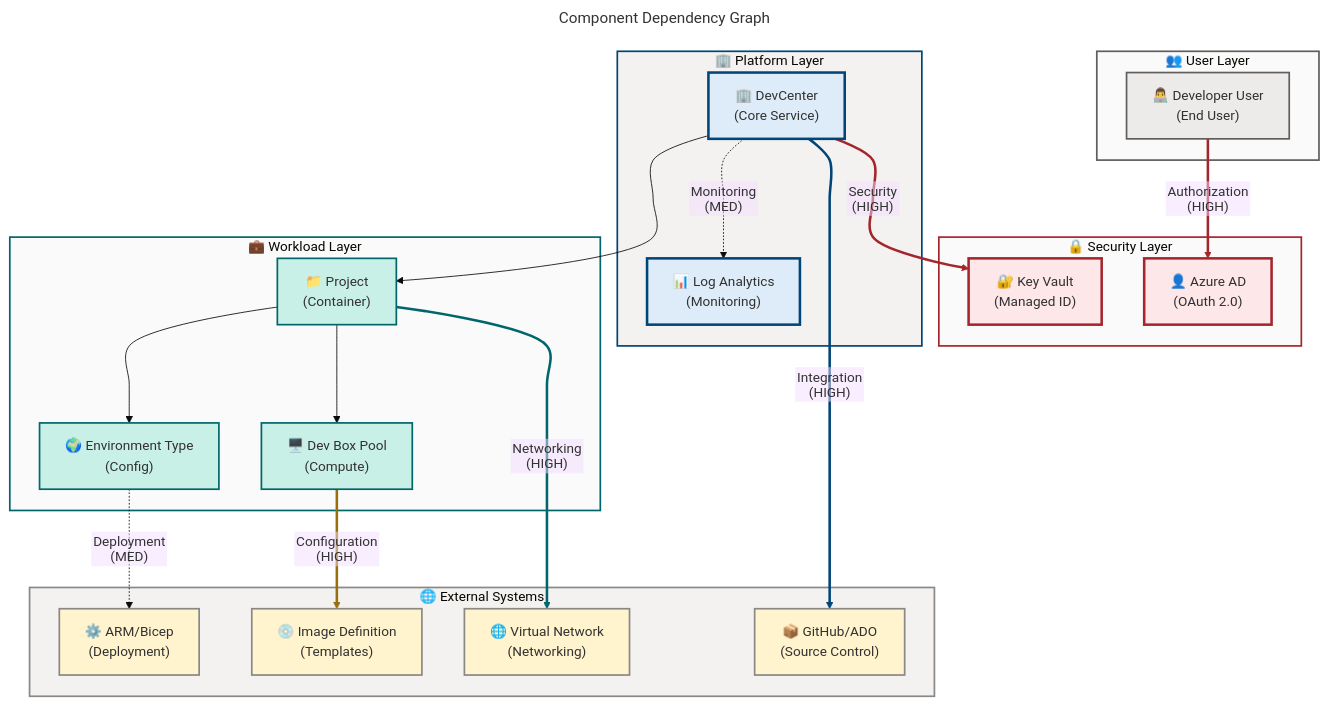
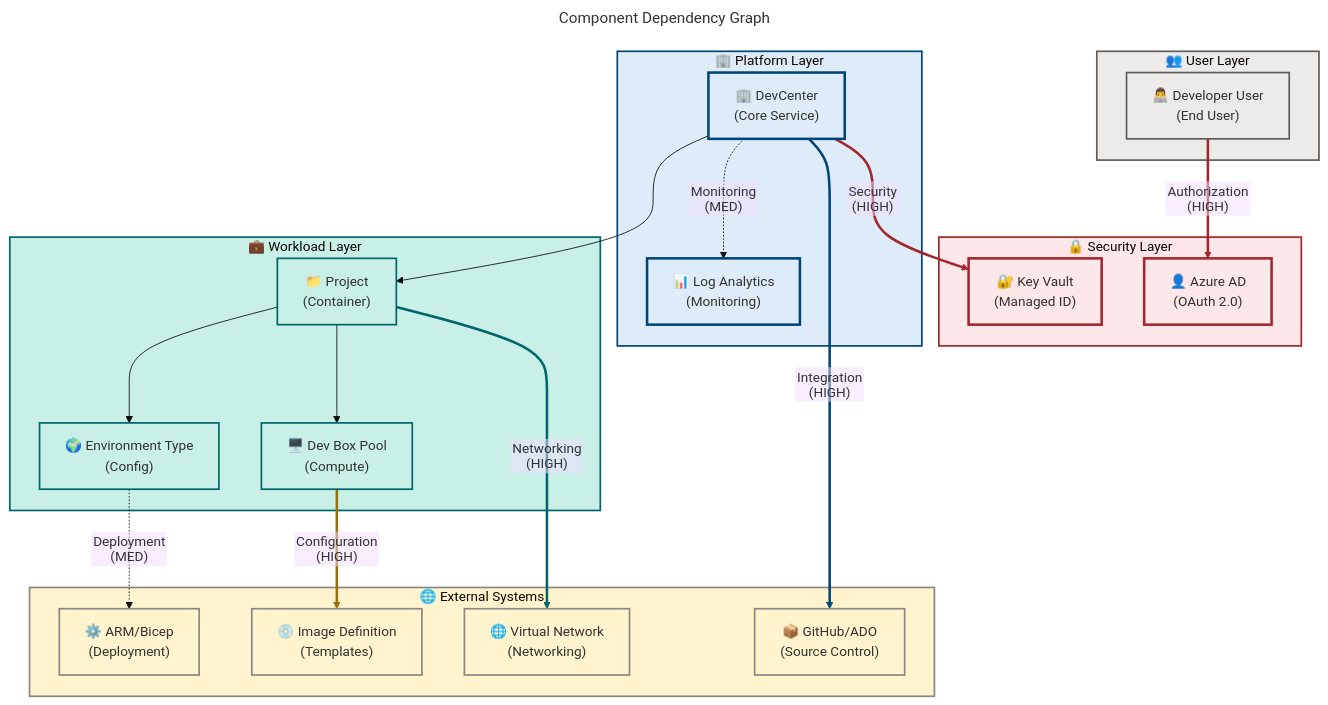
One commit to Evilazaro/DevExp-DevBox changed the third of 4 diagrams in docs/architecture/Business-Architecture.md. Above: the diagram before and after it, drawn with Mermaid. The commit also changed other lines of this file and 2 other files, not shown here.

Commit message:
fix: update flowchart curve style to 'basis' for improved visual consistency across architecture documents

````diff
--- a/docs/architecture/Business-Architecture.md
+++ b/docs/architecture/Business-Architecture.md
@@ -901,7 +903,7 @@
     fontSize: '16px'
   flowchart:
     htmlLabels: false
-    curve: catmullRom
+    curve: basis
     nodeSpacing: 50
     rankSpacing: 50
 ---
@@ -976,7 +978,7 @@
     classDef sharedYellow fill:#FFF4CE,stroke:#986F0B,stroke-width:2px,color:#323130
     classDef warningOrange fill:#FDE7E9,stroke:#8A3707,stroke-width:2px,color:#323130
     classDef neutralPurple fill:#E1DFDD,stroke:#5B5FC7,stroke-width:2px,color:#323130
-    classDef presenceTeal fill:#C8F0E7,stroke:#323130,stroke-width:2px,color:#323130
+    classDef presenceTeal fill:#C8F0E7,stroke:#00666B,stroke-width:2px,color:#323130
     classDef neutralGrey fill:#F3F2F1,stroke:#605E5C,stroke-width:2px,color:#323130
 
     %% Semantic class mappings for this diagram (5 used)
@@ -987,9 +989,10 @@
     classDef user fill:#EDEBE9,stroke:#605E5C,stroke-width:2px,color:#323130
 
     %% Subgraph styling (5 subgraphs)
-    style SECURITY fill:#FAFAFA,stroke:#A4262C,stroke-width:2px
-    style PLATFORM fill:#F3F2F1,stroke:#004578,stroke-width:2px
-    style WORKLOAD fill:#FAFAFA,stroke:#00666B,stroke-width:2px
-    style EXTERNAL fill:#F3F2F1,stroke:#8A8886,stroke-width:2px
-    style USERS fill:#FAFAFA,stroke:#605E5C,stroke-width:2px
+    %% CRITICAL: Functional siblings use semantic colors matching content purpose
+    style SECURITY fill:#FDE7E9,stroke:#A4262C,stroke-width:2px
+    style PLATFORM fill:#DEECF9,stroke:#004578,stroke-width:2px
+    style WORKLOAD fill:#C8F0E7,stroke:#00666B,stroke-width:2px
+    style EXTERNAL fill:#FFF4CE,stroke:#8A8886,stroke-width:2px
+    style USERS fill:#EDEBE9,stroke:#605E5C,stroke-width:2px
 ```
````
